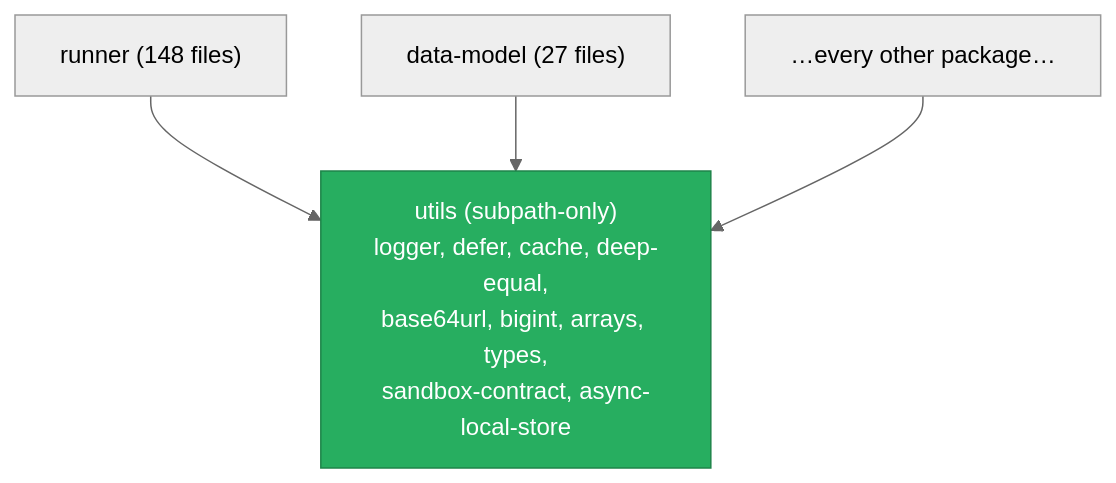
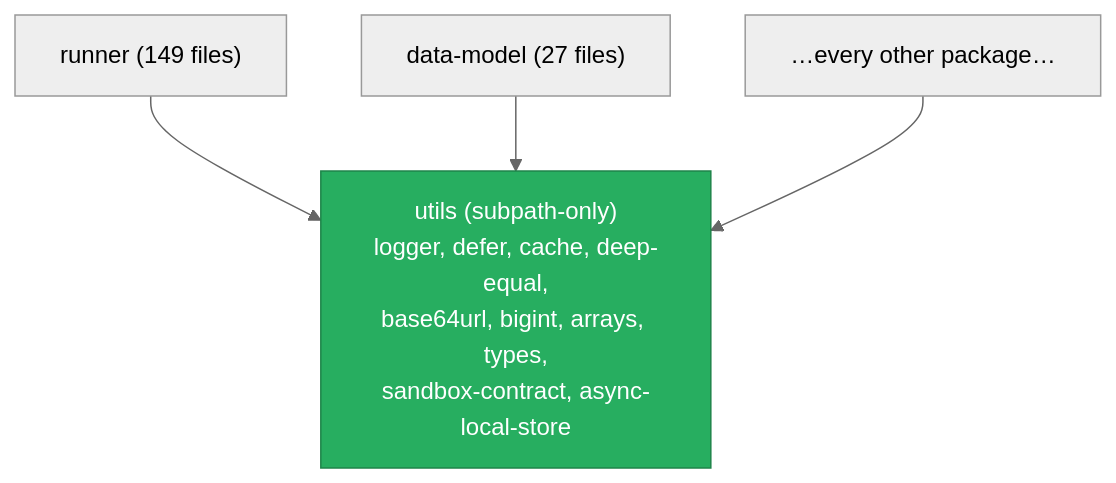
Before and after one commit to commontoolsinc/labs: the first of 5 diagrams in docs/development/orientation/tooling-and-patterns.md, drawn with Mermaid (neutral theme). The commit also changed other lines of this file and 4 other files, not shown here.

````diff
--- a/docs/development/orientation/tooling-and-patterns.md
+++ b/docs/development/orientation/tooling-and-patterns.md
@@ -17,12 +17,12 @@
 ```mermaid
 flowchart TB
     classDef leaf fill:#27ae60,stroke:#1e8449,color:#fff
     utils["utils (subpath-only)<br/>logger, defer, cache, deep-equal,<br/>base64url, bigint, arrays, types,<br/>sandbox-contract, async-local-store"]:::leaf
-    runner["runner (148 files)"]
+    runner["runner (149 files)"]
     datamodel["data-model (27 files)"]
     others["…every other package…"]
 
     runner --> utils
     datamodel --> utils
     others --> utils
 ```
````
